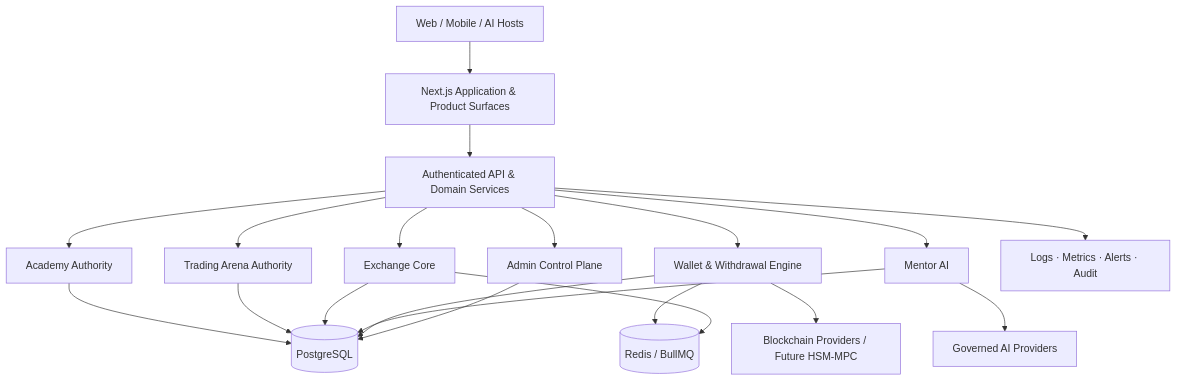
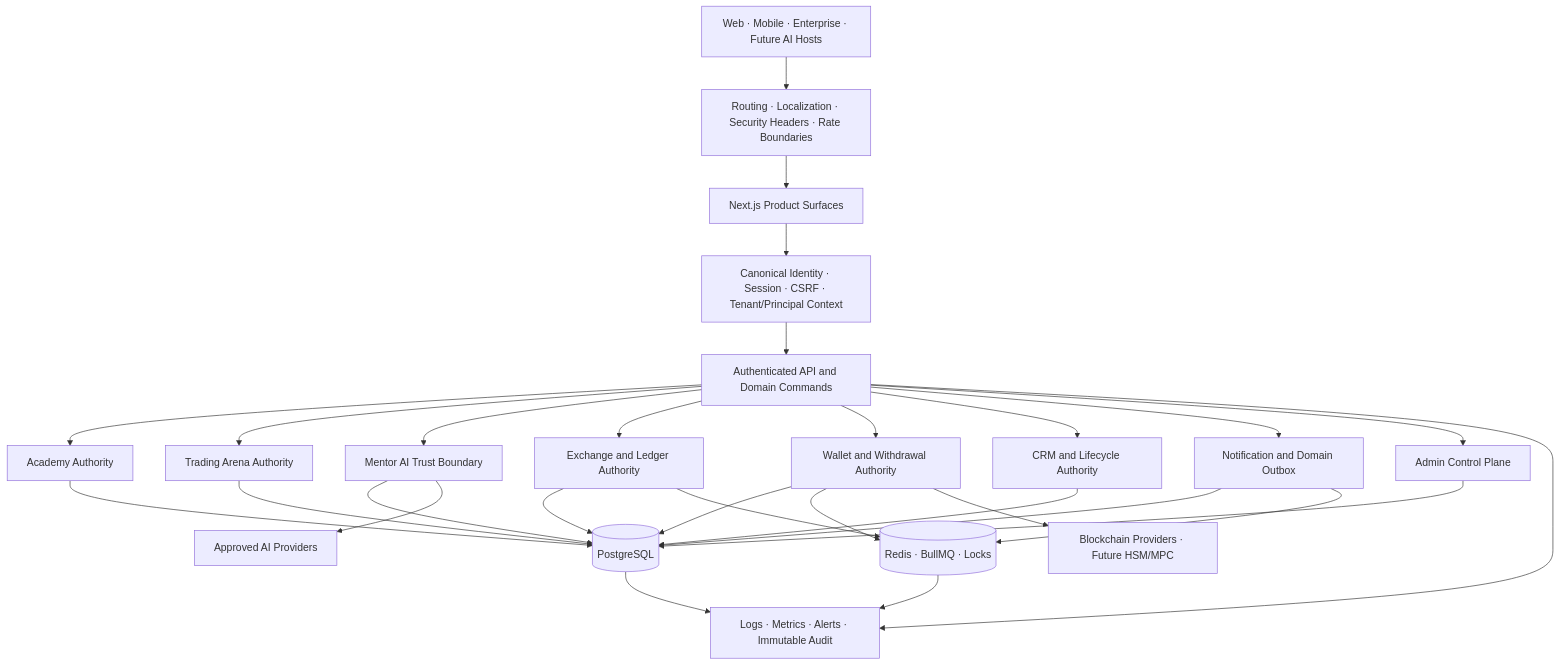
The diagram in README.md (tecpey/Tecpey-Os), drawn with Mermaid before and after one commit. The commit also changed other lines of this file, not shown here.

Commit message:
docs(readme): publish world-class product and engineering entry point

````diff
--- a/README.md
+++ b/README.md
@@ -96,25 +144,52 @@
 ```mermaid
 flowchart TB
-    U[Web / Mobile / AI Hosts] --> APP[Next.js Application & Product Surfaces]
-    APP --> API[Authenticated API & Domain Services]
+    CLIENTS[Web · Mobile · Enterprise · Future AI Hosts]
+    EDGE[Routing · Localization · Security Headers · Rate Boundaries]
+    APP[Next.js Product Surfaces]
+    AUTH[Canonical Identity · Session · CSRF · Tenant/Principal Context]
+    API[Authenticated API and Domain Commands]
 
-    API --> ACADEMY[Academy Authority]
-    API --> ARENA[Trading Arena Authority]
-    API --> EXCHANGE[Exchange Core]
-    API --> WALLET[Wallet & Withdrawal Engine]
-    API --> MENTOR[Mentor AI]
-    API --> ADMIN[Admin Control Plane]
+    ACADEMY[Academy Authority]
+    ARENA[Trading Arena Authority]
+    MENTOR[Mentor AI Trust Boundary]
+    EXCHANGE[Exchange and Ledger Authority]
+    WALLET[Wallet and Withdrawal Authority]
+    CRM[CRM and Lifecycle Authority]
+    NOTIFY[Notification and Domain Outbox]
+    ADMIN[Admin Control Plane]
 
-    ACADEMY --> PG[(PostgreSQL)]
+    PG[(PostgreSQL)]
+    REDIS[(Redis · BullMQ · Locks)]
+    OBS[Logs · Metrics · Alerts · Immutable Audit]
+    AI[Approved AI Providers]
+    CHAINS[Blockchain Providers · Future HSM/MPC]
+
+    CLIENTS --> EDGE --> APP --> AUTH --> API
+    API --> ACADEMY
+    API --> ARENA
+    API --> MENTOR
+    API --> EXCHANGE
+    API --> WALLET
+    API --> CRM
+    API --> NOTIFY
+    API --> ADMIN
+
+    ACADEMY --> PG
     ARENA --> PG
+    MENTOR --> PG
     EXCHANGE --> PG
     WALLET --> PG
-    MENTOR --> PG
+    CRM --> PG
+    NOTIFY --> PG
     ADMIN --> PG
 
-    WALLET --> REDIS[(Redis / BullMQ)]
     EXCHANGE --> REDIS
-    API --> OBS[Logs · Metrics · Alerts · Audit]
-    WALLET --> CHAINS[Blockchain Providers / Future HSM-MPC]
-    MENTOR --> AI[Governed AI Providers]
+    WALLET --> REDIS
+    NOTIFY --> REDIS
+    MENTOR --> AI
+    WALLET --> CHAINS
+
+    API --> OBS
+    REDIS --> OBS
+    PG --> OBS
 ```
````
